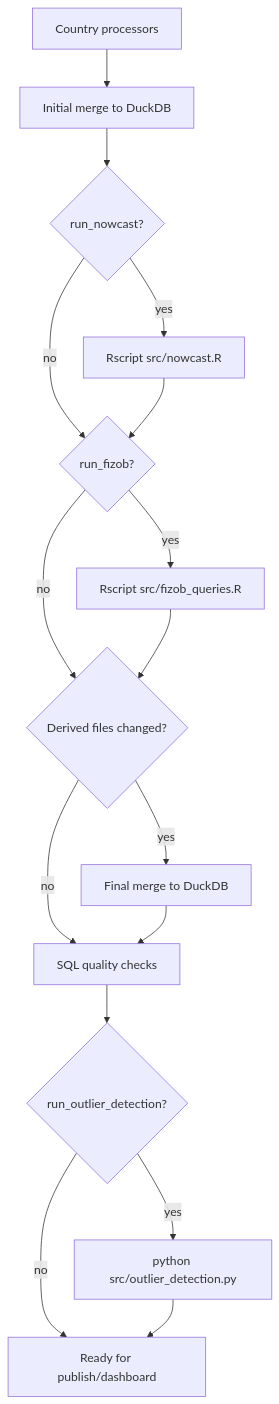
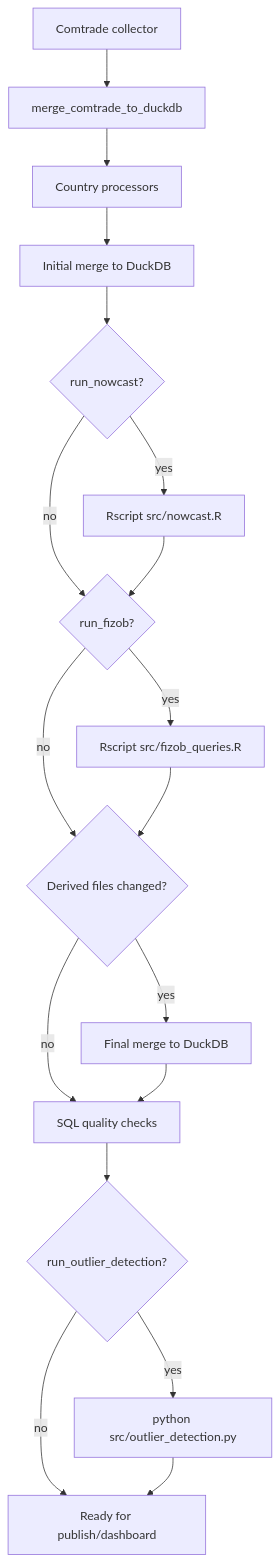
One commit to quantviews/mgimo-foreign-trade changed the diagram in docs/orchestration.md. Above: the diagram before and after it, drawn with Mermaid. The commit also changed other lines of this file and 1 other file, not shown here.

First line of the commit message:
feat(orchestration): run Comtrade collection and comtrade.db build in the flow

````diff
--- a/docs/orchestration.md
+++ b/docs/orchestration.md
@@ -20,18 +20,20 @@
 ```mermaid
 flowchart TD
+    A0["Comtrade collector"] --> A1["merge_comtrade_to_duckdb"]
+    A1 --> A
     A["Country processors"] --> B["Initial merge to DuckDB"]
     B --> C{"run_nowcast?"}
     C -- yes --> D["Rscript src/nowcast.R"]
     C -- no --> E{"run_fizob?"}
     D --> E
     E -- yes --> F["Rscript src/fizob_queries.R"]
     E -- no --> G{"Derived files changed?"}
     F --> G
     G -- yes --> H["Final merge to DuckDB"]
     G -- no --> I["SQL quality checks"]
     H --> I
     I --> J{"run_outlier_detection?"}
     J -- yes --> K["python src/outlier_detection.py"]
     J -- no --> L["Ready for publish/dashboard"]
     K --> L
 ```
````
